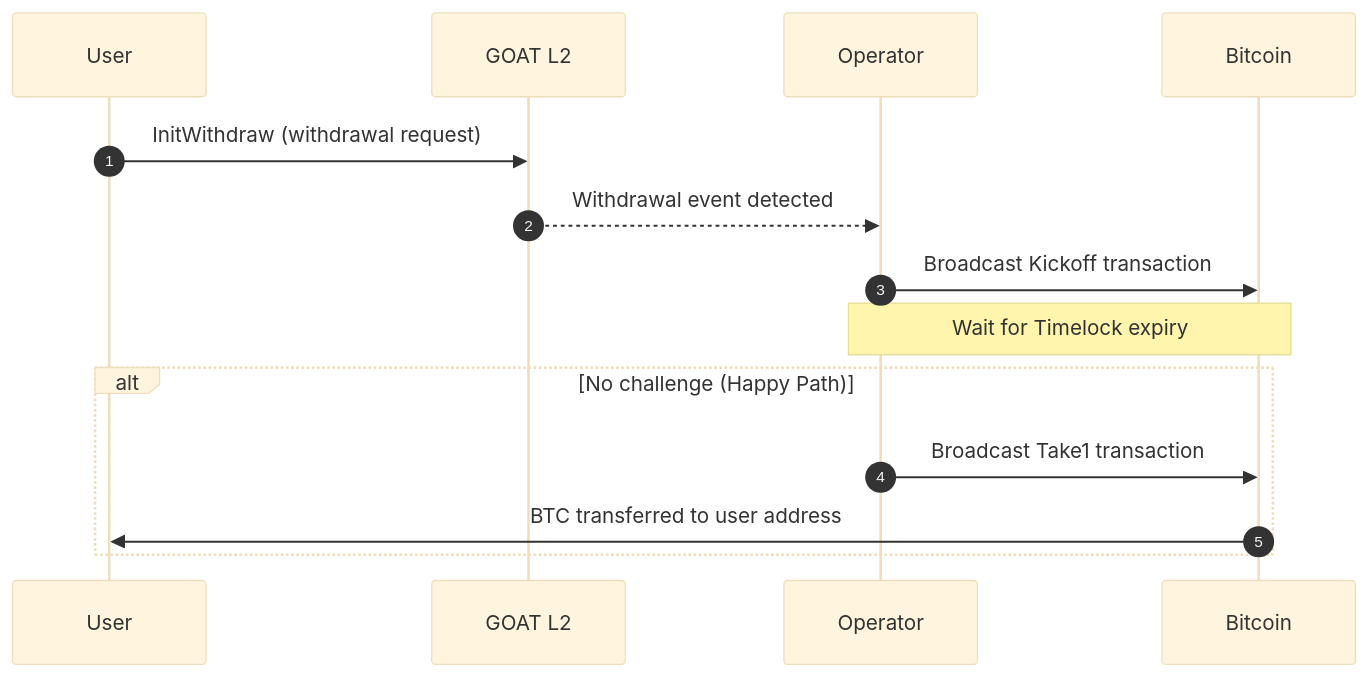
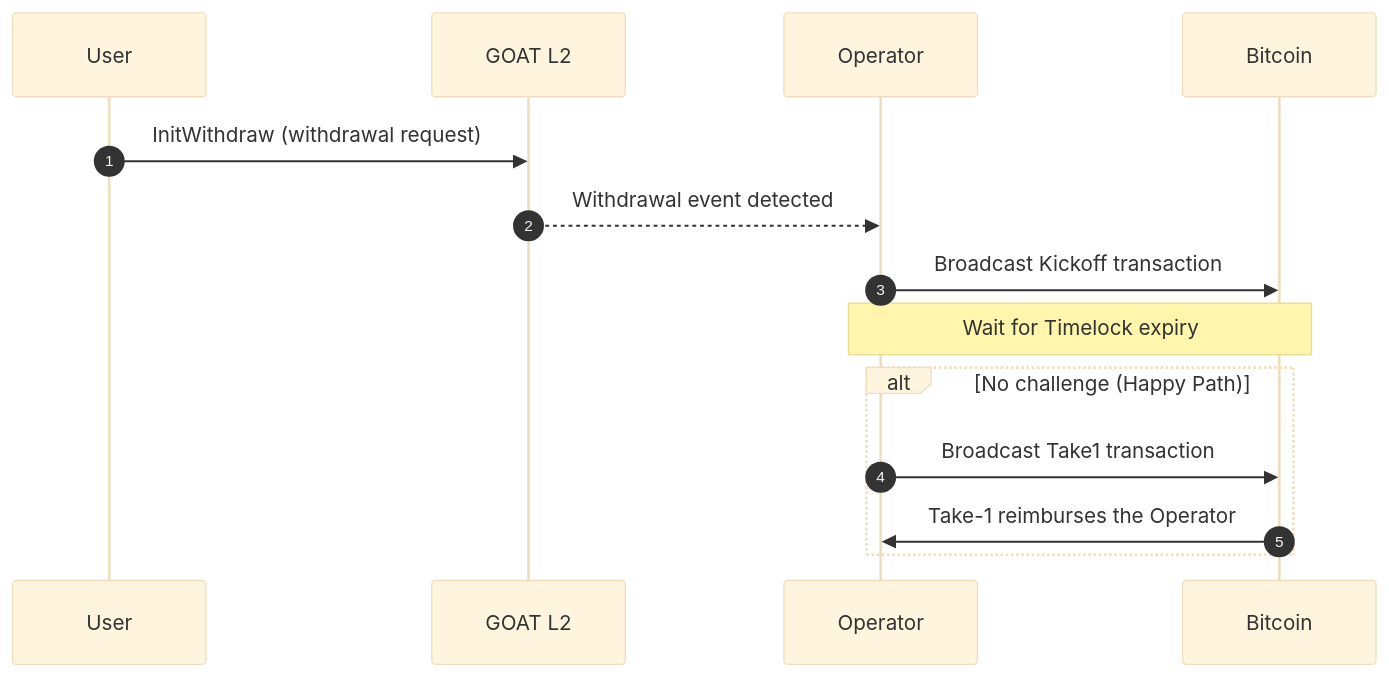
The sixth of 13 diagrams in node/README.md (GOATNetwork/bitvm-node), drawn with Mermaid (base theme) before and after one commit. The commit also changed other lines of this file and 2 other files, not shown here.

Commit message:
docs: add English transaction graph and update node guide

````diff
--- a/node/README.md
+++ b/node/README.md
@@ -295,19 +330,19 @@
 ```mermaid
 sequenceDiagram
     autonumber
     participant User
     participant GOAT as GOAT L2
     participant Operator
     participant BTC as Bitcoin
 
     User->>GOAT: InitWithdraw (withdrawal request)
     GOAT-->>Operator: Withdrawal event detected
 
     Operator->>BTC: Broadcast Kickoff transaction
     Note over Operator,BTC: Wait for Timelock expiry
 
     alt No challenge (Happy Path)
         Operator->>BTC: Broadcast Take1 transaction
-        BTC->>User: BTC transferred to user address
+        BTC->>Operator: Take-1 reimburses the Operator
     end
 ```
````
